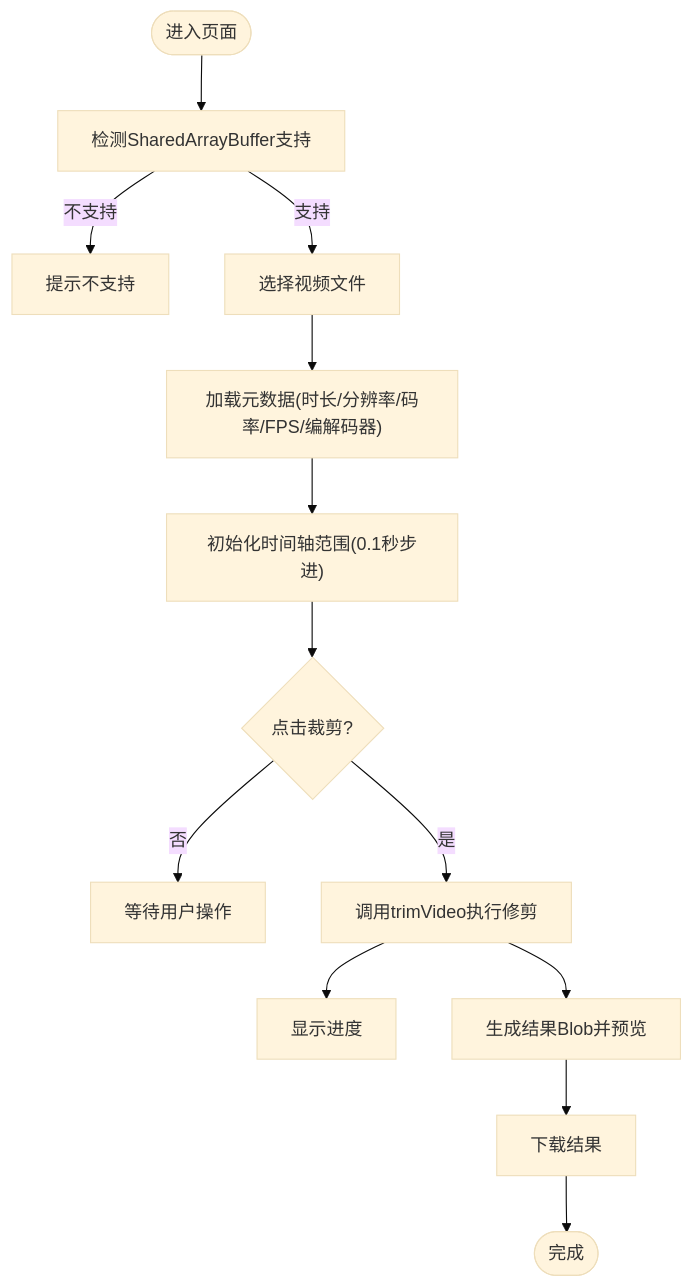
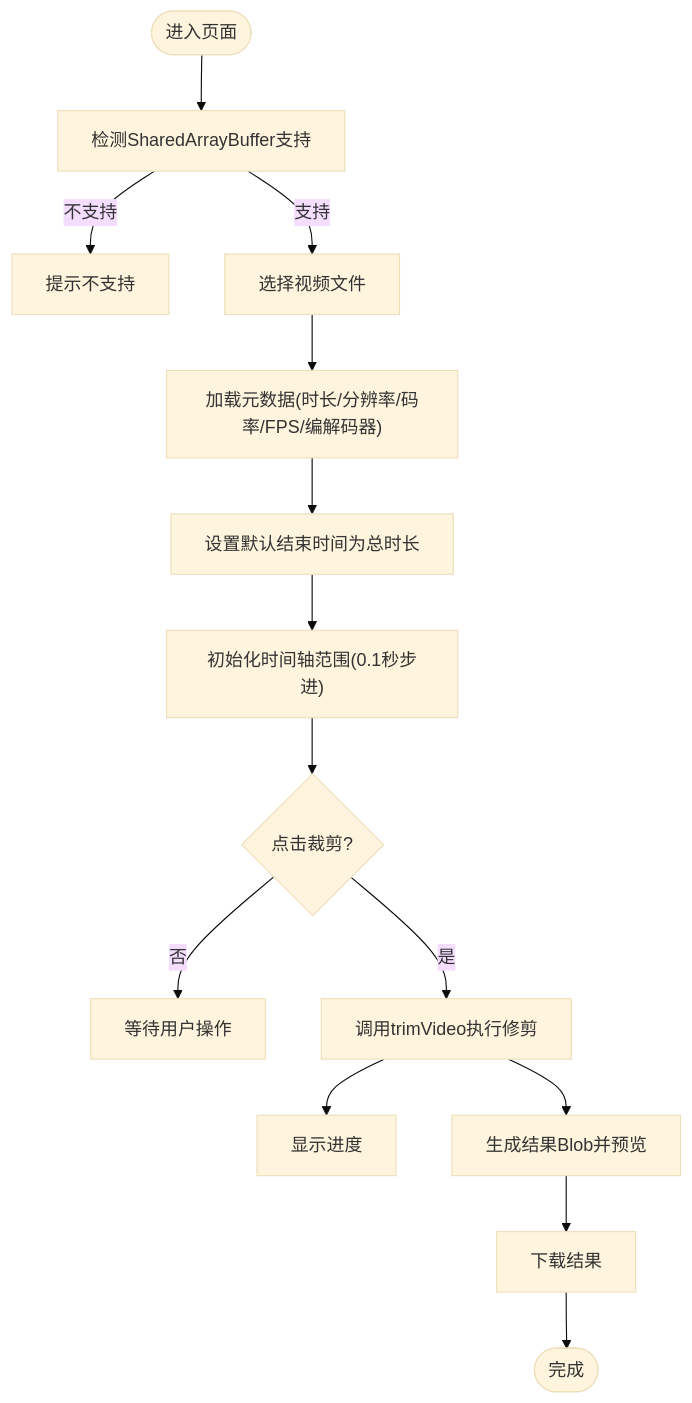
Before and after one commit to sgyy/privadeck: the third of 6 diagrams in .qoder/repowiki/zh/content/视频工具/视频修剪工具.md, drawn with Mermaid (base theme). The commit also changed other lines of this file and 5 other files, not shown here.

````diff
--- a/.qoder/repowiki/zh/content/视频工具/视频修剪工具.md
+++ b/.qoder/repowiki/zh/content/视频工具/视频修剪工具.md
@@ -130,15 +144,16 @@
 ```mermaid
 flowchart TD
 Start(["进入页面"]) --> CheckSAB["检测SharedArrayBuffer支持"]
 CheckSAB --> |不支持| ShowUnsupported["提示不支持"]
 CheckSAB --> |支持| Upload["选择视频文件"]
 Upload --> LoadMeta["加载元数据(时长/分辨率/码率/FPS/编解码器)"]
-LoadMeta --> SetRange["初始化时间轴范围(0.1秒步进)"]
+LoadMeta --> SetDefaultEnd["设置默认结束时间为总时长"]
+SetDefaultEnd --> SetRange["初始化时间轴范围(0.1秒步进)"]
 SetRange --> TrimClick{"点击裁剪?"}
 TrimClick --> |否| Wait["等待用户操作"]
 TrimClick --> |是| ExecTrim["调用trimVideo执行修剪"]
 ExecTrim --> ShowProgress["显示进度"]
 ExecTrim --> Result["生成结果Blob并预览"]
 Result --> Download["下载结果"]
 Download --> End(["完成"])
 ```
````
